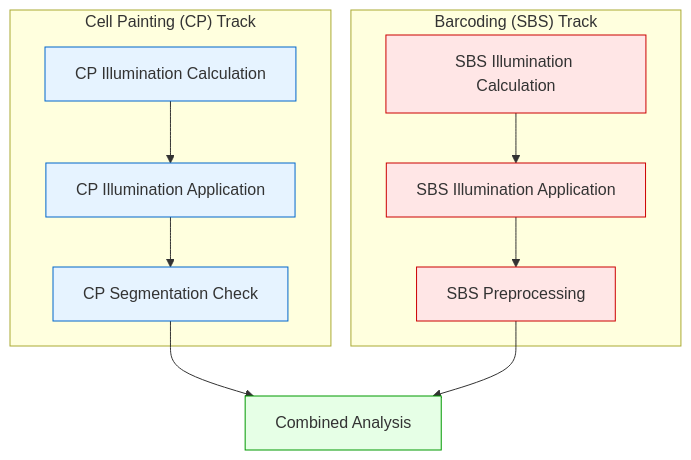
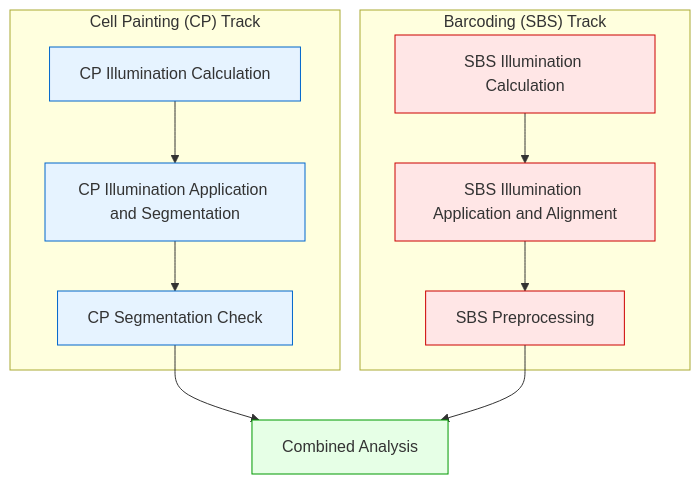
The diagram in docs/user/example-pipeline-cli.md (broadinstitute/starrynight), drawn with Mermaid before and after one commit. The commit also changed other lines of this file, not shown here.

````diff
--- a/docs/user/example-pipeline-cli.md
+++ b/docs/user/example-pipeline-cli.md
@@ -25,25 +25,25 @@
 ```mermaid
 flowchart TD
     subgraph "Cell Painting (CP) Track"
         CP1["CP Illumination Calculation"] -->
-        CP2["CP Illumination Application"] -->
+        CP2["CP Illumination Application and Segmentation"] -->
         CP3["CP Segmentation Check"]
     end
 
     subgraph "Barcoding (SBS) Track"
         SBS1["SBS Illumination Calculation"] -->
-        SBS2["SBS Illumination Application"] -->
+        SBS2["SBS Illumination Application and Alignment"] -->
         SBS3["SBS Preprocessing"]
     end
 
     CP3 & SBS3 --> Analysis["Combined Analysis"]
 
     %% Styling
     classDef cpTrack fill:#e6f3ff,stroke:#0066cc
     classDef sbsTrack fill:#ffe6e6,stroke:#cc0000
     classDef analysisStep fill:#e6ffe6,stroke:#009900
 
     class CP1,CP2,CP3 cpTrack
     class SBS1,SBS2,SBS3 sbsTrack
     class Analysis analysisStep
 ```
````
